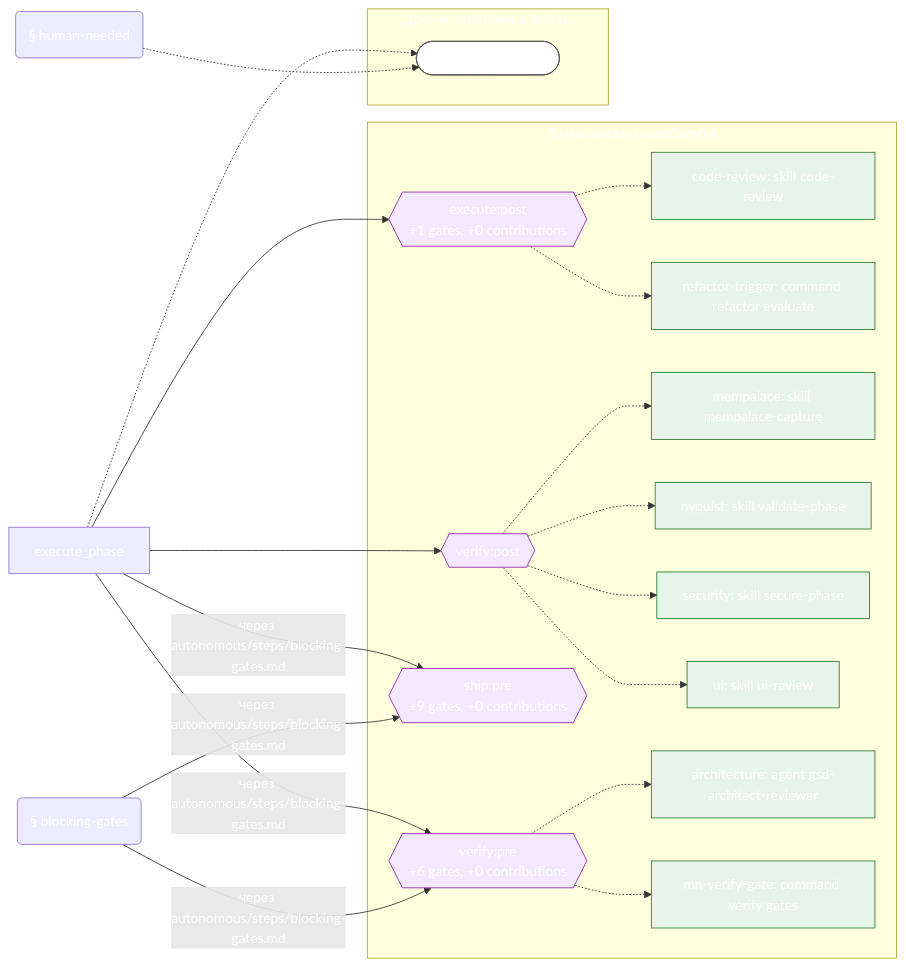
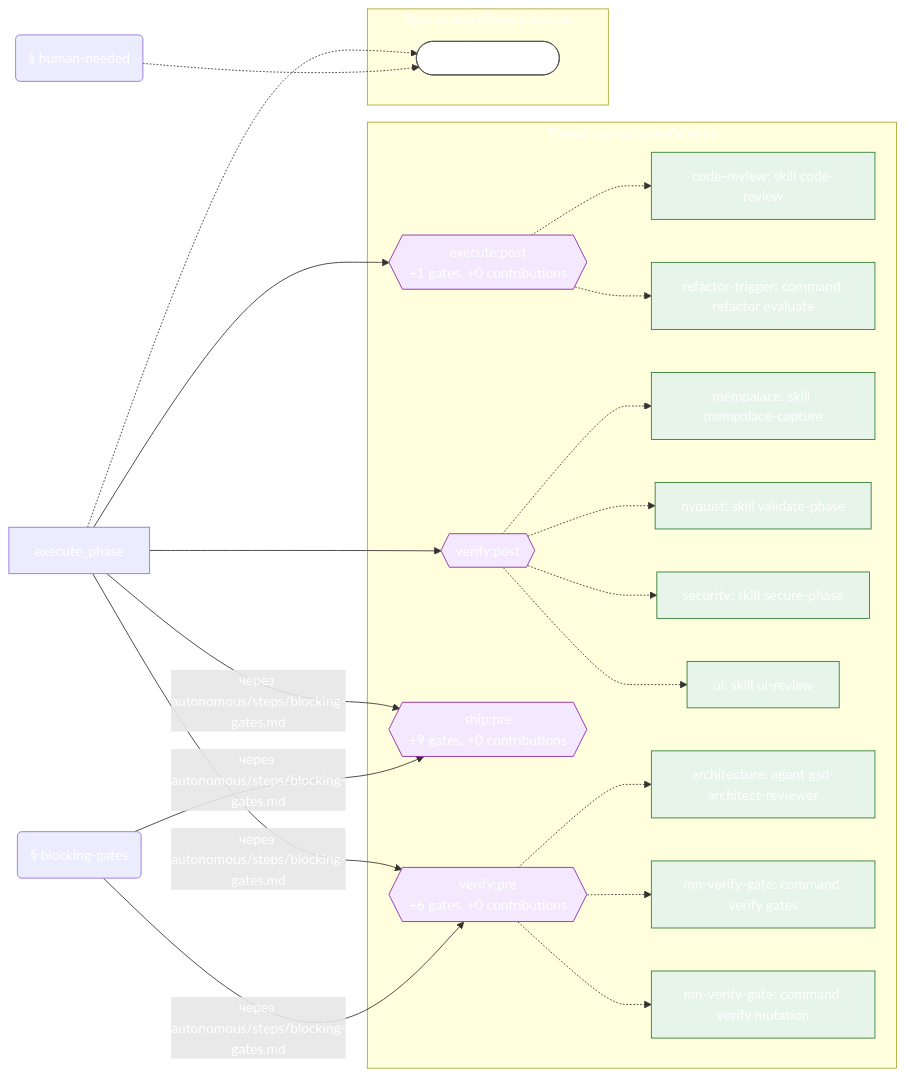
Before and after one commit to Govorin/gsd-core: the second of 2 diagrams in docs/reference/workflow-maps/autonomous.md, drawn with Mermaid. The commit also changed other lines of this file and 111 other files, not shown here.

````diff
--- a/docs/reference/workflow-maps/autonomous.md
+++ b/docs/reference/workflow-maps/autonomous.md
@@ -73,49 +73,51 @@
 ```mermaid
 flowchart LR
   subgraph g_points["Точки цикла и капабилити"]
     p_execute_post{{"execute#58;post<br/>+1 gates, +0 contributions"}}:::point
     c_execute_post_code_review_skill_code_review["code-review#58; skill code-review"]:::capability
     c_execute_post_refactor_trigger_command_refactor_evaluate["refactor-trigger#58; command refactor evaluate"]:::capability
     p_verify_post{{"verify#58;post"}}:::point
     c_verify_post_mempalace_skill_mempalace_capture["mempalace#58; skill mempalace-capture"]:::capability
     c_verify_post_nyquist_skill_validate_phase["nyquist#58; skill validate-phase"]:::capability
     c_verify_post_security_skill_secure_phase["security#58; skill secure-phase"]:::capability
     c_verify_post_ui_skill_ui_review["ui#58; skill ui-review"]:::capability
     p_ship_pre{{"ship#58;pre<br/>+9 gates, +0 contributions"}}:::point
     p_verify_pre{{"verify#58;pre<br/>+6 gates, +0 contributions"}}:::point
     c_verify_pre_architecture_agent_gsd_architect_reviewer["architecture#58; agent gsd-architect-reviewer"]:::capability
     c_verify_pre_mn_verify_gate_command_verify_gates["mn-verify-gate#58; command verify gates"]:::capability
+    c_verify_pre_mn_verify_gate_command_verify_mutation["mn-verify-gate#58; command verify mutation"]:::capability
   end
   subgraph g_files["Другие workflows и файлы"]
     w_gsd_core_workflows_transition_md(["workflow#58; transition"]):::workflow
   end
   u_step_execute_phase["execute_phase"]
   u_section_blocking_gates("§ blocking-gates")
   u_section_human_needed("§ human-needed")
   p_execute_post -.-> c_execute_post_code_review_skill_code_review
   p_execute_post -.-> c_execute_post_refactor_trigger_command_refactor_evaluate
   u_step_execute_phase --> p_execute_post
   p_verify_post -.-> c_verify_post_mempalace_skill_mempalace_capture
   p_verify_post -.-> c_verify_post_nyquist_skill_validate_phase
   p_verify_post -.-> c_verify_post_security_skill_secure_phase
   p_verify_post -.-> c_verify_post_ui_skill_ui_review
   u_step_execute_phase --> p_verify_post
   u_step_execute_phase -->|"через autonomous/steps/blocking-gates.md"| p_ship_pre
   p_verify_pre -.-> c_verify_pre_architecture_agent_gsd_architect_reviewer
   p_verify_pre -.-> c_verify_pre_mn_verify_gate_command_verify_gates
+  p_verify_pre -.-> c_verify_pre_mn_verify_gate_command_verify_mutation
   u_step_execute_phase -->|"через autonomous/steps/blocking-gates.md"| p_verify_pre
   u_section_blocking_gates -->|"через autonomous/steps/blocking-gates.md"| p_ship_pre
   u_section_blocking_gates -->|"через autonomous/steps/blocking-gates.md"| p_verify_pre
   u_step_execute_phase -.-> w_gsd_core_workflows_transition_md
   u_section_human_needed -.-> w_gsd_core_workflows_transition_md
   classDef missing fill:#fdecea,stroke:#d33,stroke-dasharray:4 3
-  classDef unparsed fill:#f2f2f2,stroke:#888,stroke-dasharray:4 3
+  classDef unparsed fill:#f5f5f5,stroke:#999999,stroke-dasharray:4 3,color:#555
   classDef conditional fill:#fff8e1,stroke:#b28704
   classDef root fill:#263238,color:#ffffff,stroke:#263238
   classDef agent fill:#e8f0fe,stroke:#3367d6
   classDef builtin fill:#eeeeee,stroke:#777777
   classDef capability fill:#e6f4ea,stroke:#2e7d32
   classDef dynamic fill:#f2f2f2,stroke:#888,stroke-dasharray:2 2
   classDef point fill:#f3e8fd,stroke:#8e24aa
   classDef workflow fill:#ffffff,stroke:#555555
 ```
````
